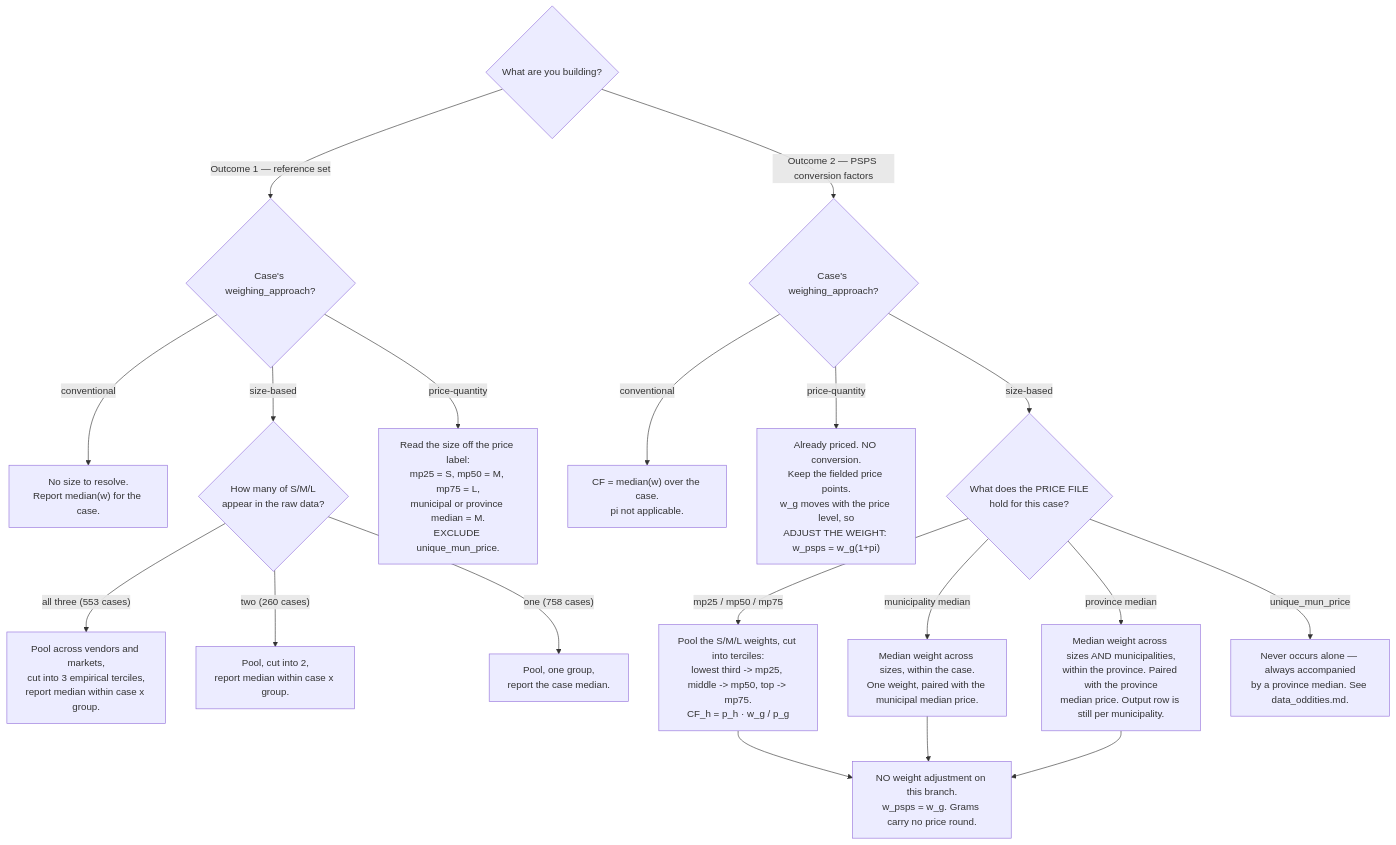
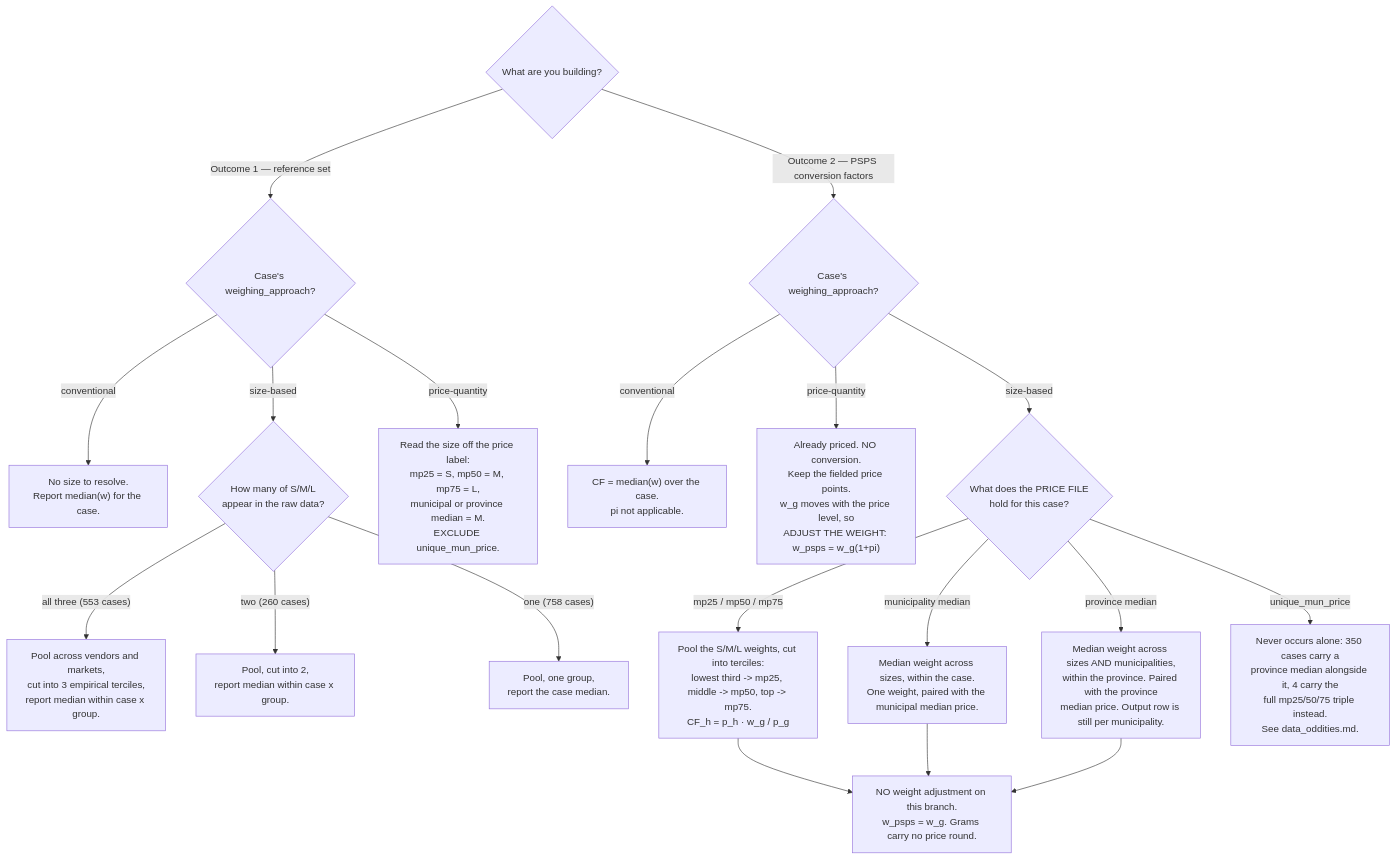
One commit to Shineyang03/nsu-market-survey-cleaning changed the first of 2 diagrams in docs/conversion_factor_methodology.md. Above: the diagram before and after it, drawn with Mermaid. The commit also changed other lines of this file and 4 other files, not shown here.

````diff
--- a/docs/conversion_factor_methodology.md
+++ b/docs/conversion_factor_methodology.md
@@ -86,27 +102,27 @@
 ```mermaid
 flowchart TD
     G{"What are you building?"}
 
     G -->|"Outcome 1 — reference set"| WA1{"Case's weighing_approach?"}
     WA1 -->|"conventional"| OC["No size to resolve.<br/>Report median(w) for the case."]
     WA1 -->|"size-based"| OS1{"How many of S/M/L<br/>appear in the raw data?"}
     WA1 -->|"price-quantity"| OP1["Read the size off the price label:<br/>mp25 = S, mp50 = M, mp75 = L,<br/>municipal or province median = M.<br/>EXCLUDE unique_mun_price."]
 
     OS1 -->|"all three (553 cases)"| OS3["Pool across vendors and markets,<br/>cut into 3 empirical terciles,<br/>report median within case x group."]
     OS1 -->|"two (260 cases)"| OS2["Pool, cut into 2,<br/>report median within case x group."]
     OS1 -->|"one (758 cases)"| OS0["Pool, one group,<br/>report the case median."]
 
     G -->|"Outcome 2 — PSPS conversion factors"| WA2{"Case's weighing_approach?"}
     WA2 -->|"conventional"| C1["CF = median(w) over the case.<br/>pi not applicable."]
     WA2 -->|"price-quantity"| P1["Already priced. NO conversion.<br/>Keep the fielded price points.<br/>w_g moves with the price level, so<br/>ADJUST THE WEIGHT: w_psps = w_g(1+pi)"]
     WA2 -->|"size-based"| S1{"What does the PRICE FILE<br/>hold for this case?"}
 
     S1 -->|"mp25 / mp50 / mp75"| S3["Pool the S/M/L weights, cut into terciles:<br/>lowest third -> mp25, middle -> mp50, top -> mp75.<br/>CF_h = p_h · w_g / p_g"]
     S1 -->|"municipality median"| S2m["Median weight across sizes, within the case.<br/>One weight, paired with the municipal median price."]
     S1 -->|"province median"| S2p["Median weight across sizes AND municipalities,<br/>within the province. Paired with the province<br/>median price. Output row is still per municipality."]
-    S1 -->|"unique_mun_price"| SU["Never occurs alone — always accompanied<br/>by a province median. See data_oddities.md."]
+    S1 -->|"unique_mun_price"| SU["Never occurs alone: 350 cases carry a<br/>province median alongside it, 4 carry the<br/>full mp25/50/75 triple instead.<br/>See data_oddities.md."]
 
     S3 --> PI["NO weight adjustment on this branch.<br/>w_psps = w_g. Grams carry no price round."]
     S2m --> PI
     S2p --> PI
 ```
````
